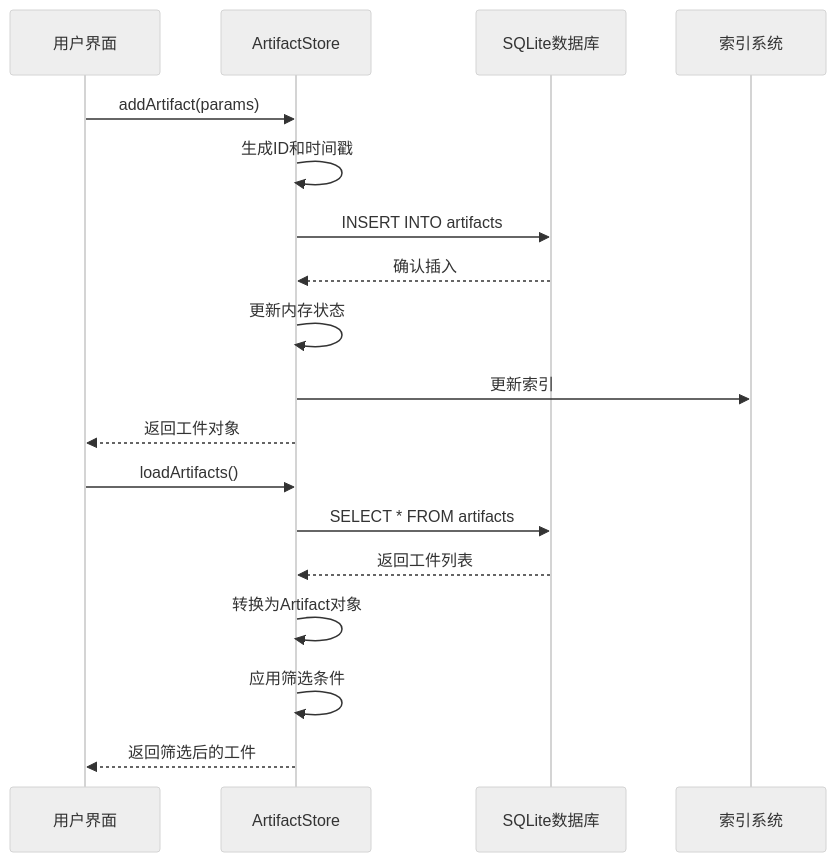
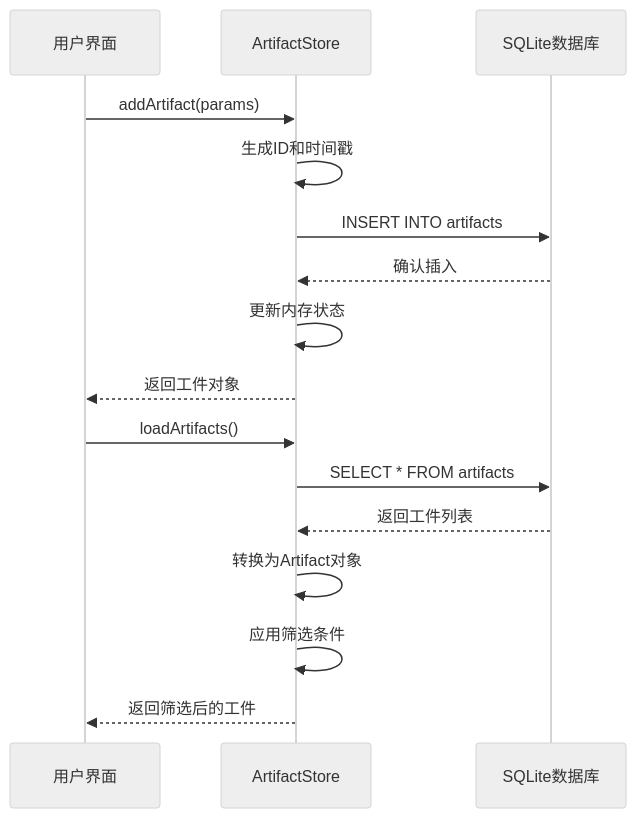
One commit to NarcisWL/Nexara changed diagram 11 of 14 in .qoder/repowiki/zh/content/开发指南/知识管理系统/工件系统实现.md. Above: the diagram before and after it, drawn with Mermaid (neutral theme). The commit also changed other lines of this file and 10 other files, not shown here.

````diff
--- a/.qoder/repowiki/zh/content/开发指南/知识管理系统/工件系统实现.md
+++ b/.qoder/repowiki/zh/content/开发指南/知识管理系统/工件系统实现.md
@@ -499,20 +472,18 @@
 ```mermaid
 sequenceDiagram
 participant UI as 用户界面
 participant Store as ArtifactStore
 participant DB as SQLite数据库
-participant Index as 索引系统
 UI->>Store : addArtifact(params)
 Store->>Store : 生成ID和时间戳
 Store->>DB : INSERT INTO artifacts
 DB-->>Store : 确认插入
 Store->>Store : 更新内存状态
-Store->>Index : 更新索引
 Store-->>UI : 返回工件对象
 UI->>Store : loadArtifacts()
 Store->>DB : SELECT * FROM artifacts
 DB-->>Store : 返回工件列表
 Store->>Store : 转换为Artifact对象
 Store->>Store : 应用筛选条件
 Store-->>UI : 返回筛选后的工件
 ```
````
